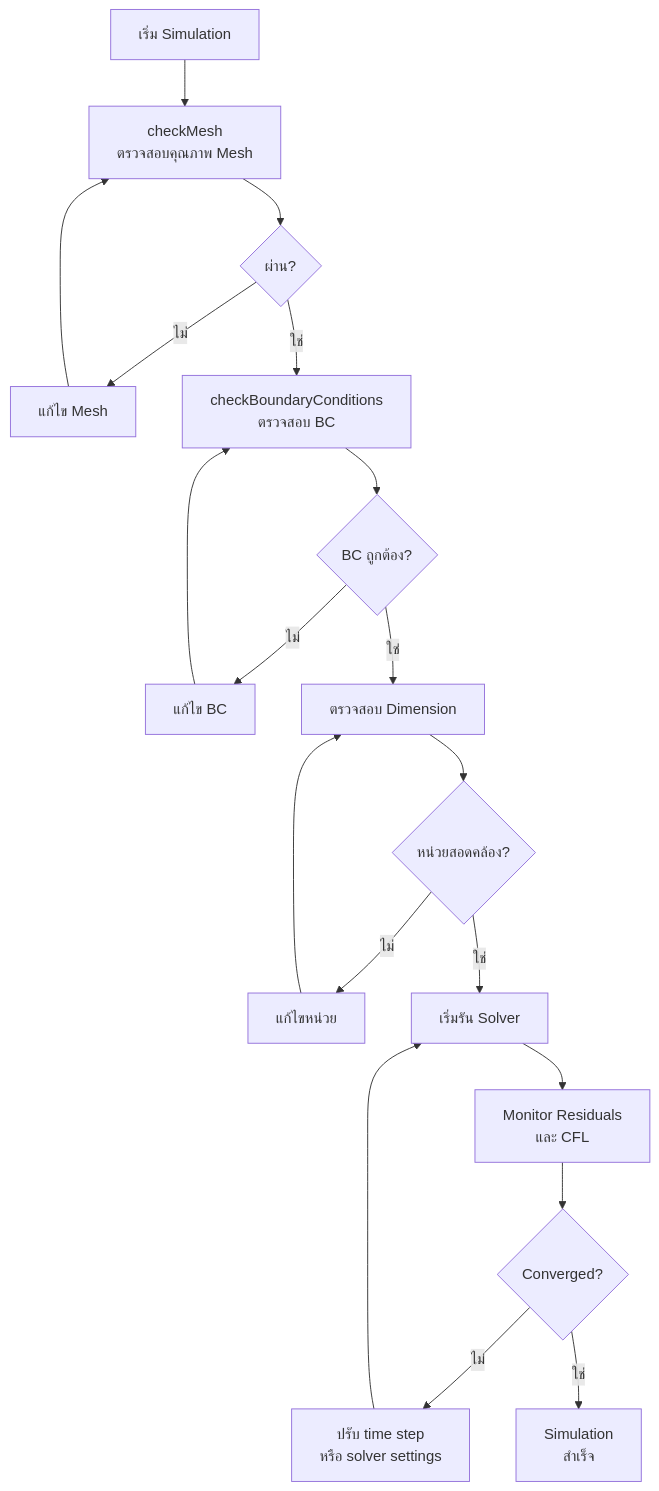
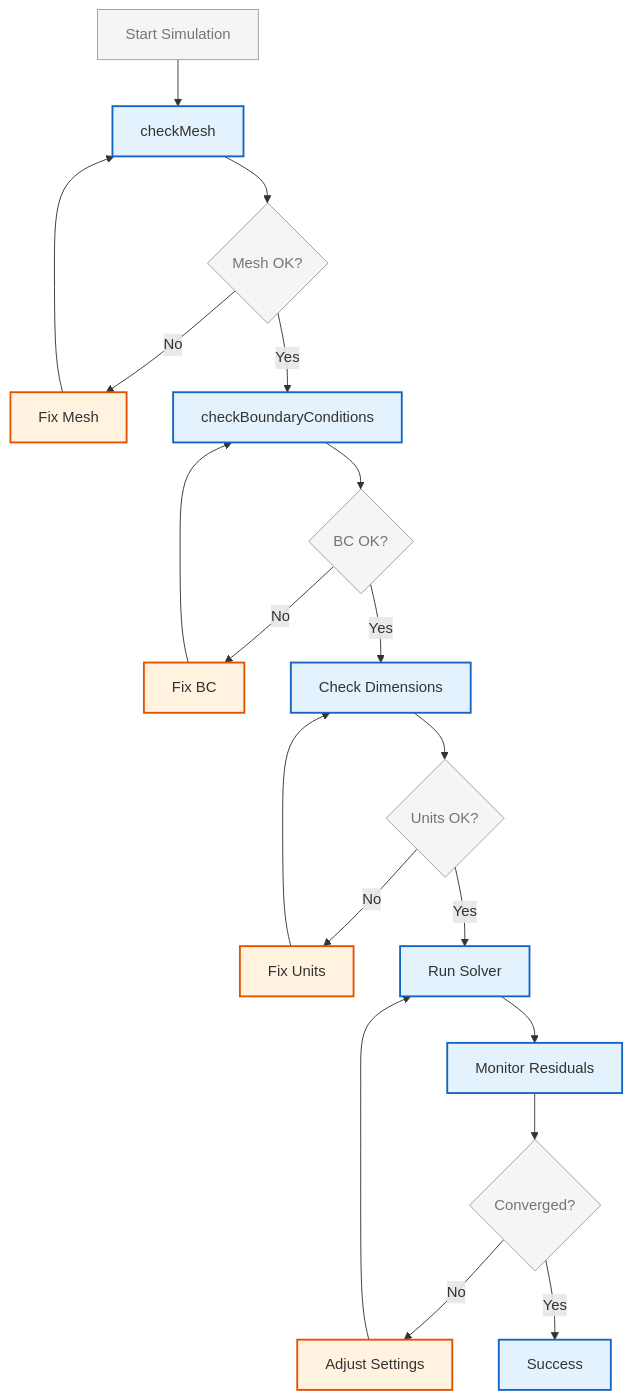
The third of 3 diagrams in MODULE_07_UTILITIES_AUTOMATION/CONTENT/08_EXPERT_UTILITIES/05_Time-Saving_Benefits.md (wramet/build-my-cfd), drawn with Mermaid before and after one commit. The commit also changed other lines of this file and 313 other files, not shown here.

Commit message:
Revise all diagram

````diff
--- a/MODULE_07_UTILITIES_AUTOMATION/CONTENT/08_EXPERT_UTILITIES/05_Time-Saving_Benefits.md
+++ b/MODULE_07_UTILITIES_AUTOMATION/CONTENT/08_EXPERT_UTILITIES/05_Time-Saving_Benefits.md
@@ -500,26 +516,29 @@
 ```mermaid
 flowchart TD
-    A[เริ่ม Simulation] --> B[checkMesh<br/>ตรวจสอบคุณภาพ Mesh]
-    B --> C{ผ่าน?}
-    C -->|ไม่| D[แก้ไข Mesh]
-    D --> B
+%% Classes
+classDef explicit fill:#fff3e0,stroke:#e65100,stroke-width:2px;
+classDef implicit fill:#e3f2fd,stroke:#1565c0,stroke-width:2px;
+classDef context fill:#f5f5f5,stroke:#9e9e9e,stroke-width:1px,color:#757575;
+%% Nodes
+A[Start Simulation]:::context --> B[checkMesh]:::implicit
+B --> C{Mesh OK?}:::context
+C -->|No| D[Fix Mesh]:::explicit
+D --> B
 
-    C -->|ใช่| E[checkBoundaryConditions<br/>ตรวจสอบ BC]
-    E --> F{BC ถูกต้อง?}
-    F -->|ไม่| G[แก้ไข BC]
-    G --> E
+C -->|Yes| E[checkBoundaryConditions]:::implicit
+E --> F{BC OK?}:::context
+F -->|No| G[Fix BC]:::explicit
+G --> E
 
-    F -->|ใช่| H[ตรวจสอบ Dimension]
-    H --> I{หน่วยสอดคล้อง?}
-    I -->|ไม่| J[แก้ไขหน่วย]
-    J --> H
+F -->|Yes| H[Check Dimensions]:::implicit
+H --> I{Units OK?}:::context
+I -->|No| J[Fix Units]:::explicit
+J --> H
 
-    I -->|ใช่| K[เริ่มรัน Solver]
-    K --> L[Monitor Residuals<br/>และ CFL]
-
-    L --> M{Converged?}
-    M -->|ไม่| N[ปรับ time step<br/>หรือ solver settings]
-    N --> K
-
-    M -->|ใช่| O[Simulation<br/>สำเร็จ]
+I -->|Yes| K[Run Solver]:::implicit
+K --> L[Monitor Residuals]:::implicit
+L --> M{Converged?}:::context
+M -->|No| N[Adjust Settings]:::explicit
+N --> K
+M -->|Yes| O[Success]:::implicit
 ```
````
